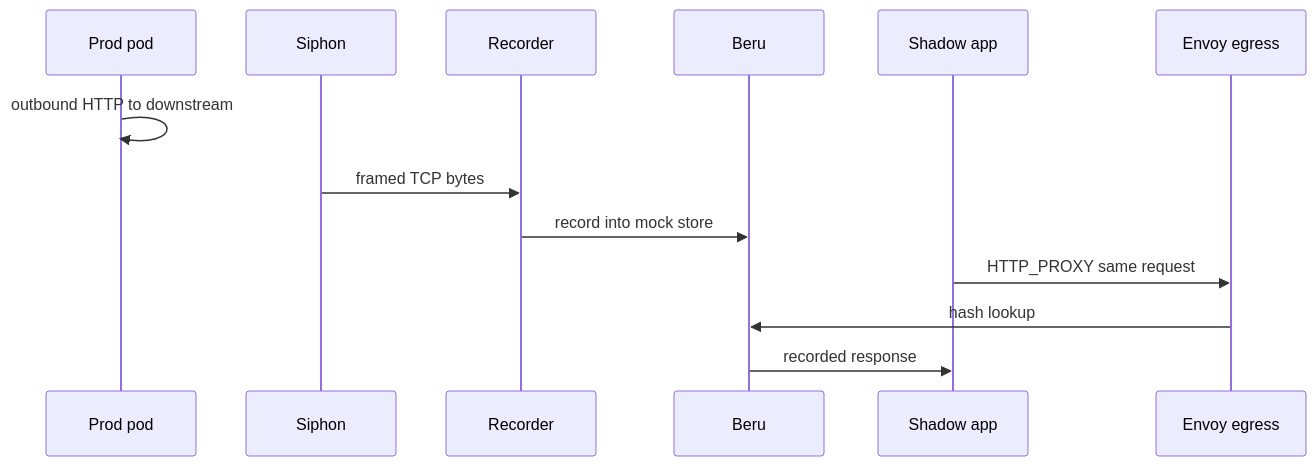
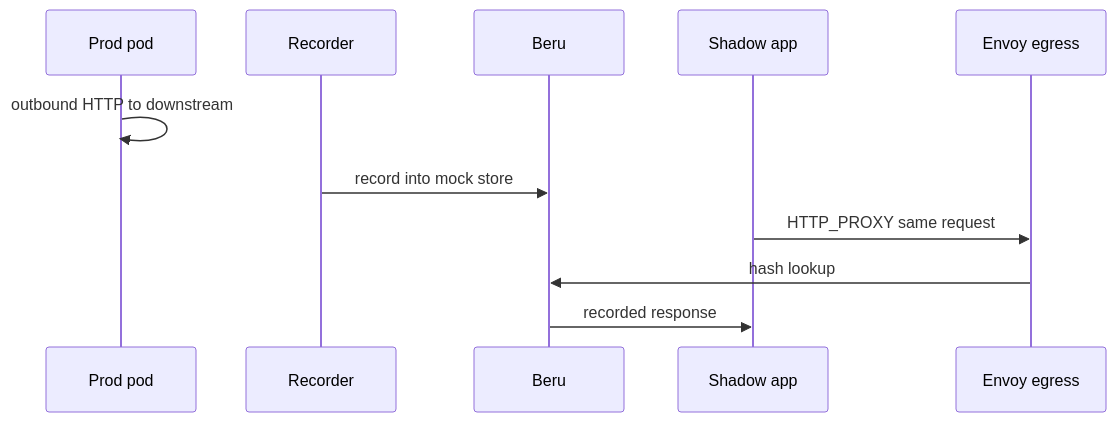
The fifth of 5 diagrams in docs/architecture/ARCHITECTURE.md (nederrgo/shadow-diff), drawn with Mermaid before and after one commit. The commit also changed other lines of this file and 78 other files, not shown here.

````diff
--- a/docs/architecture/ARCHITECTURE.md
+++ b/docs/architecture/ARCHITECTURE.md
@@ -308,16 +315,14 @@
 ```mermaid
 sequenceDiagram
   participant P as Prod pod
-  participant S as Siphon
   participant R as Recorder
   participant B as Beru
   participant Sh as Shadow app
   participant E as Envoy egress
 
   P->>P: outbound HTTP to downstream
-  S->>R: framed TCP bytes
   R->>B: record into mock store
   Sh->>E: HTTP_PROXY same request
   E->>B: hash lookup
   B->>Sh: recorded response
 ```
````
